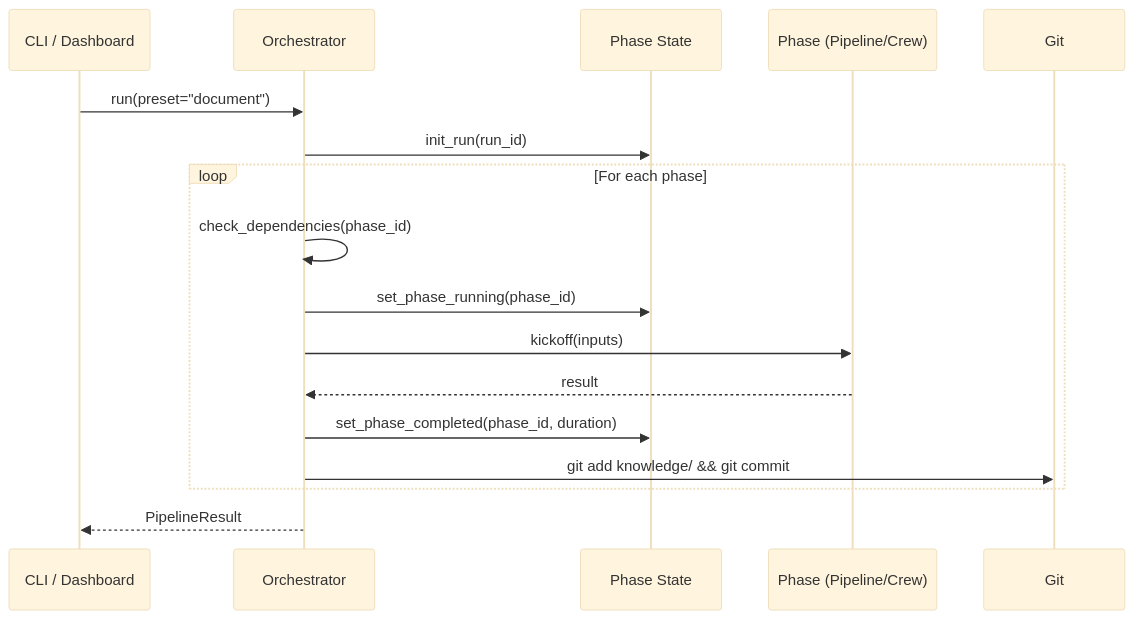
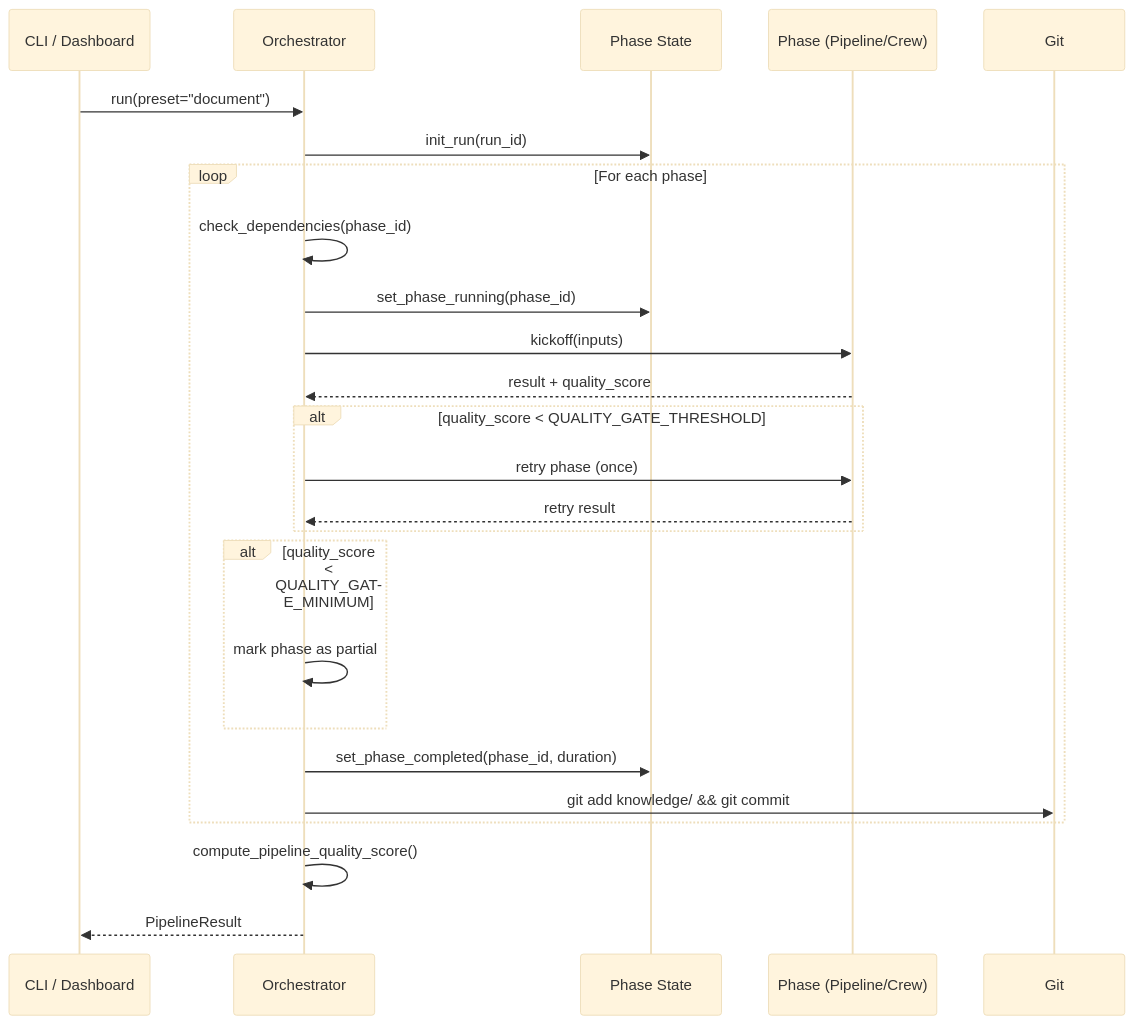
The first of 2 diagrams in docs/architecture/orchestration.md (aymenmastouri/aicodegencrew), drawn with Mermaid (base theme) before and after one commit. The commit also changed other lines of this file and 11 other files, not shown here.

````diff
--- a/docs/architecture/orchestration.md
+++ b/docs/architecture/orchestration.md
@@ -22,20 +23,28 @@
 ```mermaid
 sequenceDiagram
     participant CLI as CLI / Dashboard
     participant O as Orchestrator
     participant S as Phase State
     participant P as Phase (Pipeline/Crew)
     participant G as Git
 
     CLI->>O: run(preset="document")
     O->>S: init_run(run_id)
     loop For each phase
         O->>O: check_dependencies(phase_id)
         O->>S: set_phase_running(phase_id)
         O->>P: kickoff(inputs)
-        P-->>O: result
+        P-->>O: result + quality_score
+        alt quality_score < QUALITY_GATE_THRESHOLD
+            O->>P: retry phase (once)
+            P-->>O: retry result
+        end
+        alt quality_score < QUALITY_GATE_MINIMUM
+            O->>O: mark phase as partial
+        end
         O->>S: set_phase_completed(phase_id, duration)
         O->>G: git add knowledge/ && git commit
     end
+    O->>O: compute_pipeline_quality_score()
     O-->>CLI: PipelineResult
 ```
````
